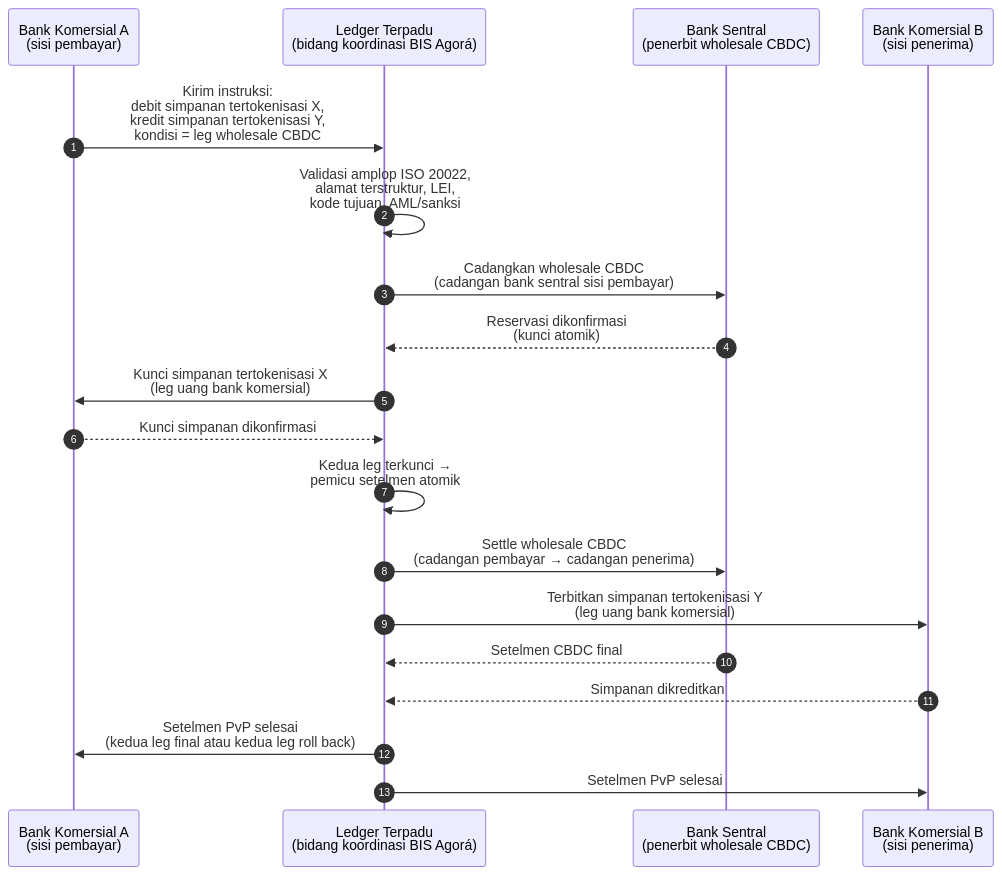
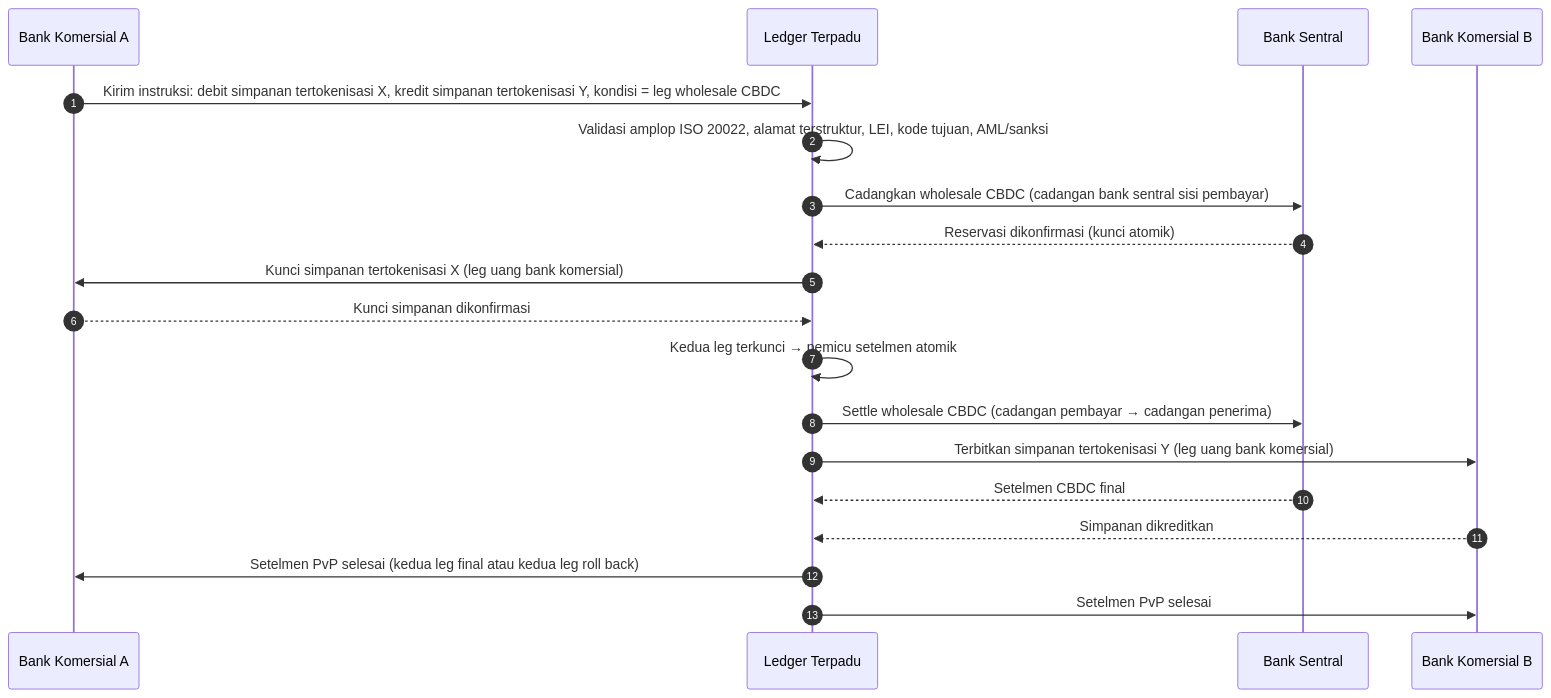
Before and after one commit to sebastienrousseau/sebastienrousseau.github.io: the diagram in _posts/id/2026-06-06-wholesale-payments-index-iso20022-tokenised-deposits-cross-border-2026.md, drawn with Mermaid. The commit also changed 2231 other files, not shown here.

First line of the commit message:
fix(mermaid): unblock Mermaid v10 rendering end-to-end (#198)

````diff
--- a/_posts/id/2026-06-06-wholesale-payments-index-iso20022-tokenised-deposits-cross-border-2026.md
+++ b/_posts/id/2026-06-06-wholesale-payments-index-iso20022-tokenised-deposits-cross-border-2026.md
@@ -170,22 +170,21 @@
 ```mermaid
 sequenceDiagram
     autonumber
-    participant CB_A as Bank Komersial A<br/>(sisi pembayar)
-    participant UL as Ledger Terpadu<br/>(bidang koordinasi BIS Agorá)
-    participant CBNK as Bank Sentral<br/>(penerbit wholesale CBDC)
-    participant CB_B as Bank Komersial B<br/>(sisi penerima)
-
-    CB_A->>UL: Kirim instruksi:<br/>debit simpanan tertokenisasi X,<br/>kredit simpanan tertokenisasi Y,<br/>kondisi = leg wholesale CBDC
-    UL->>UL: Validasi amplop ISO 20022,<br/>alamat terstruktur, LEI,<br/>kode tujuan, AML/sanksi
-    UL->>CBNK: Cadangkan wholesale CBDC<br/>(cadangan bank sentral sisi pembayar)
-    CBNK-->>UL: Reservasi dikonfirmasi<br/>(kunci atomik)
-    UL->>CB_A: Kunci simpanan tertokenisasi X<br/>(leg uang bank komersial)
+    participant CB_A as Bank Komersial A
+    participant UL as Ledger Terpadu
+    participant CBNK as Bank Sentral
+    participant CB_B as Bank Komersial B
+    CB_A->>UL: Kirim instruksi: debit simpanan tertokenisasi X, kredit simpanan tertokenisasi Y, kondisi = leg wholesale CBDC
+    UL->>UL: Validasi amplop ISO 20022, alamat terstruktur, LEI, kode tujuan, AML/sanksi
+    UL->>CBNK: Cadangkan wholesale CBDC (cadangan bank sentral sisi pembayar)
+    CBNK-->>UL: Reservasi dikonfirmasi (kunci atomik)
+    UL->>CB_A: Kunci simpanan tertokenisasi X (leg uang bank komersial)
     CB_A-->>UL: Kunci simpanan dikonfirmasi
-    UL->>UL: Kedua leg terkunci →<br/>pemicu setelmen atomik
-    UL->>CBNK: Settle wholesale CBDC<br/>(cadangan pembayar → cadangan penerima)
-    UL->>CB_B: Terbitkan simpanan tertokenisasi Y<br/>(leg uang bank komersial)
+    UL->>UL: Kedua leg terkunci → pemicu setelmen atomik
+    UL->>CBNK: Settle wholesale CBDC (cadangan pembayar → cadangan penerima)
+    UL->>CB_B: Terbitkan simpanan tertokenisasi Y (leg uang bank komersial)
     CBNK-->>UL: Setelmen CBDC final
     CB_B-->>UL: Simpanan dikreditkan
-    UL->>CB_A: Setelmen PvP selesai<br/>(kedua leg final atau kedua leg roll back)
+    UL->>CB_A: Setelmen PvP selesai (kedua leg final atau kedua leg roll back)
     UL->>CB_B: Setelmen PvP selesai
 ```
````
